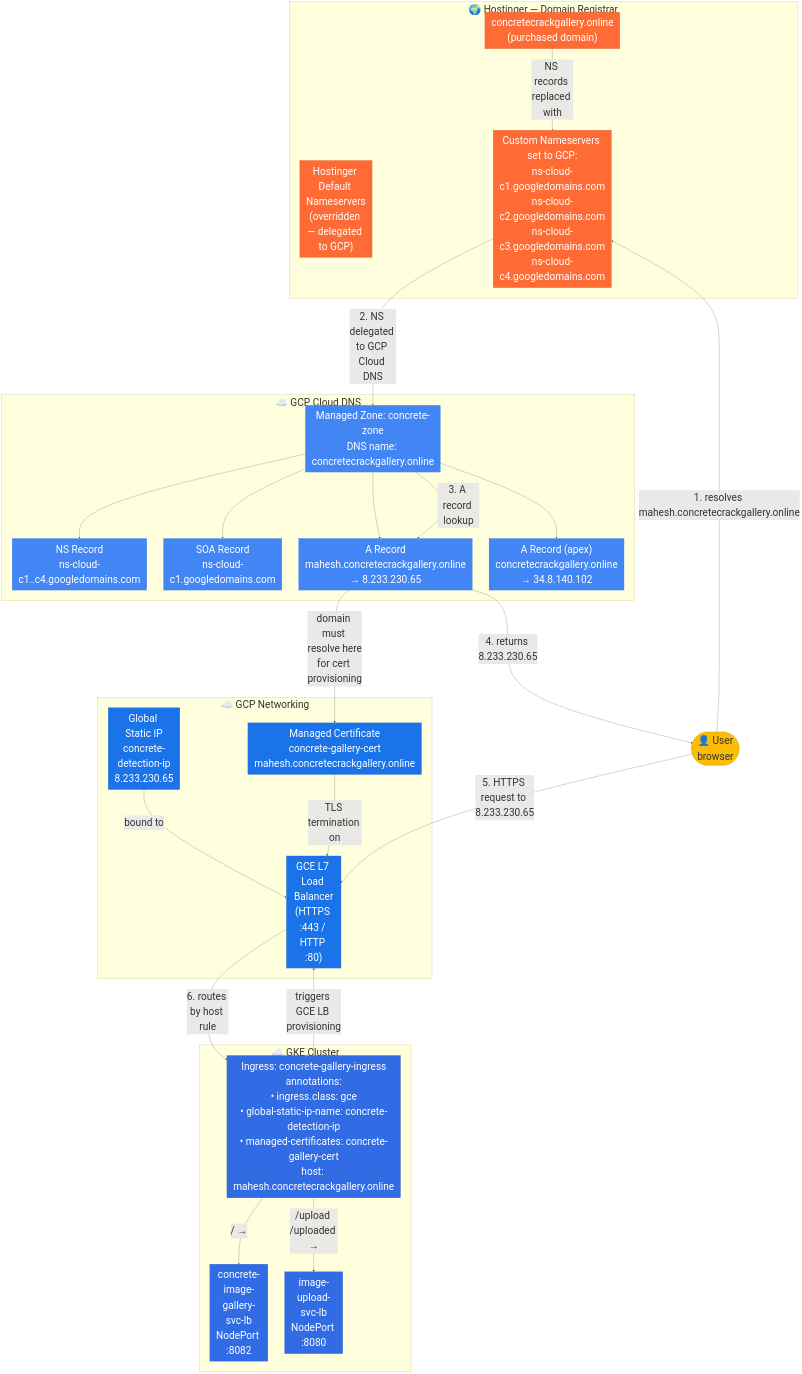
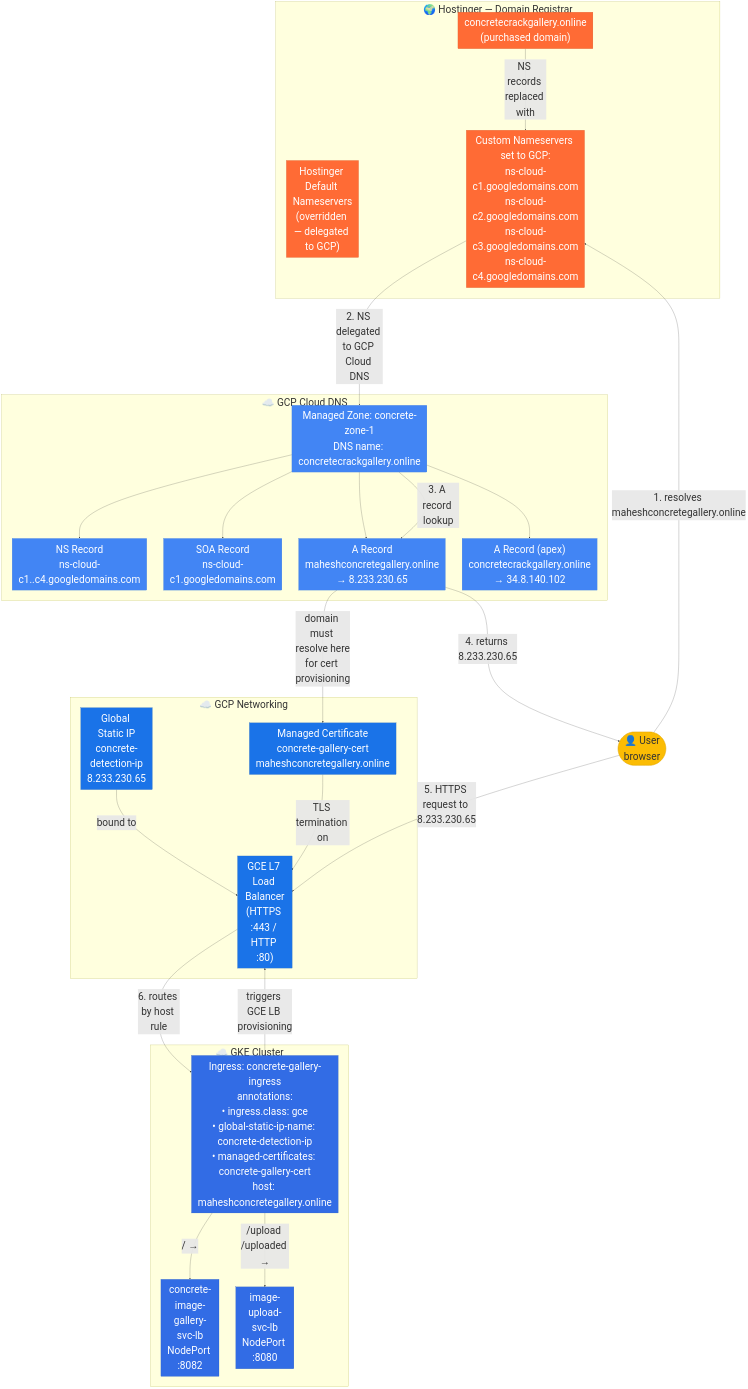
Before and after one commit to maheshrajannan/HelmCrackDetectionV2: the first of 3 diagrams in platform-architecture.md, drawn with Mermaid. The commit also changed other lines of this file and 5 other files, not shown here.

Commit message:
Updated domain to maheshconcretegallery.online

````diff
--- a/platform-architecture.md
+++ b/platform-architecture.md
@@ -31,69 +31,69 @@
 ```mermaid
 %%{init: {'themeVariables': {'fontSize': '48px'}, 'flowchart': {'nodeSpacing': 80, 'rankSpacing': 100, 'htmlLabels': true}}}%%
 graph TD
     subgraph Hostinger ["🌍 Hostinger — Domain Registrar"]
         Domain["concretecrackgallery.online<br/>(purchased domain)"]
         HostingerNS["Hostinger Default Nameservers<br/>(overridden — delegated to GCP)"]
         CustomNS["Custom Nameservers set to GCP:<br/>ns-cloud-c1.googledomains.com<br/>ns-cloud-c2.googledomains.com<br/>ns-cloud-c3.googledomains.com<br/>ns-cloud-c4.googledomains.com"]
         Domain -->|"NS records replaced with"| CustomNS
     end
 
     subgraph GCP_DNS ["☁️ GCP Cloud DNS"]
-        Zone["Managed Zone: concrete-zone<br/>DNS name: concretecrackgallery.online"]
+        Zone["Managed Zone: concrete-zone-1<br/>DNS name: concretecrackgallery.online"]
         NSRecord["NS Record<br/>ns-cloud-c1..c4.googledomains.com"]
         SOA["SOA Record<br/>ns-cloud-c1.googledomains.com"]
-        ARecord["A Record<br/>mahesh.concretecrackgallery.online<br/>→ 8.233.230.65"]
+        ARecord["A Record<br/>maheshconcretegallery.online<br/>→ 8.233.230.65"]
         ApexA["A Record (apex)<br/>concretecrackgallery.online<br/>→ 34.8.140.102"]
 
         Zone --> NSRecord
         Zone --> SOA
         Zone --> ARecord
         Zone --> ApexA
     end
 
     subgraph GCP_Network ["☁️ GCP Networking"]
         StaticIP["Global Static IP<br/>concrete-detection-ip<br/>8.233.230.65"]
         LB["GCE L7 Load Balancer<br/>(HTTPS :443 / HTTP :80)"]
-        Cert["Managed Certificate<br/>concrete-gallery-cert<br/>mahesh.concretecrackgallery.online"]
+        Cert["Managed Certificate<br/>concrete-gallery-cert<br/>maheshconcretegallery.online"]
         StaticIP -->|"bound to"| LB
         Cert -->|"TLS termination on"| LB
     end
 
     subgraph GKE ["☁️ GKE Cluster"]
-        Ingress["Ingress: concrete-gallery-ingress<br/>annotations:<br/>• ingress.class: gce<br/>• global-static-ip-name: concrete-detection-ip<br/>• managed-certificates: concrete-gallery-cert<br/>host: mahesh.concretecrackgallery.online"]
+        Ingress["Ingress: concrete-gallery-ingress<br/>annotations:<br/>• ingress.class: gce<br/>• global-static-ip-name: concrete-detection-ip<br/>• managed-certificates: concrete-gallery-cert<br/>host: maheshconcretegallery.online"]
         GallerySvc["concrete-image-gallery-svc-lb<br/>NodePort :8082"]
         UploadSvc["image-upload-svc-lb<br/>NodePort :8080"]
         Ingress -->|"/ → "| GallerySvc
         Ingress -->|"/upload /uploaded → "| UploadSvc
     end
 
     User(["👤 User<br/>browser"])
 
     %% DNS resolution chain
-    User -->|"1. resolves mahesh.concretecrackgallery.online"| CustomNS
+    User -->|"1. resolves maheshconcretegallery.online"| CustomNS
     CustomNS -->|"2. NS delegated to GCP Cloud DNS"| Zone
     Zone -->|"3. A record lookup"| ARecord
     ARecord -->|"4. returns 8.233.230.65"| User
 
     %% Traffic flow
     User -->|"5. HTTPS request to 8.233.230.65"| LB
     LB -->|"6. routes by host rule"| Ingress
 
     %% LB ← Ingress provisioning link
     Ingress -->|"triggers GCE LB provisioning"| LB
 
     %% Cert validation
     ARecord -->|"domain must resolve here\nfor cert provisioning"| Cert
 
     classDef hostinger fill:#FF6B35,color:#fff,stroke:#cc5528
     classDef gcpdns fill:#4285F4,color:#fff,stroke:#2a6dd9
     classDef gcpnet fill:#1a73e8,color:#fff,stroke:#1558b0
     classDef gke fill:#326CE5,color:#fff,stroke:#1a4fba
     classDef user fill:#FBBC04,color:#333,stroke:#e0a800
 
     class Domain,HostingerNS,CustomNS hostinger
     class Zone,NSRecord,SOA,ARecord,ApexA gcpdns
     class StaticIP,LB,Cert gcpnet
     class Ingress,GallerySvc,UploadSvc gke
     class User user
 ```
````
